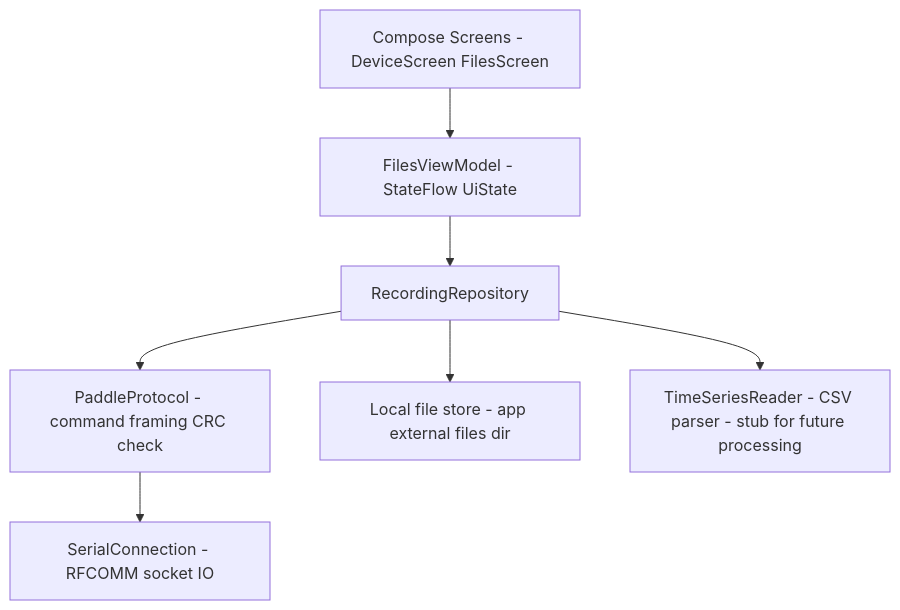
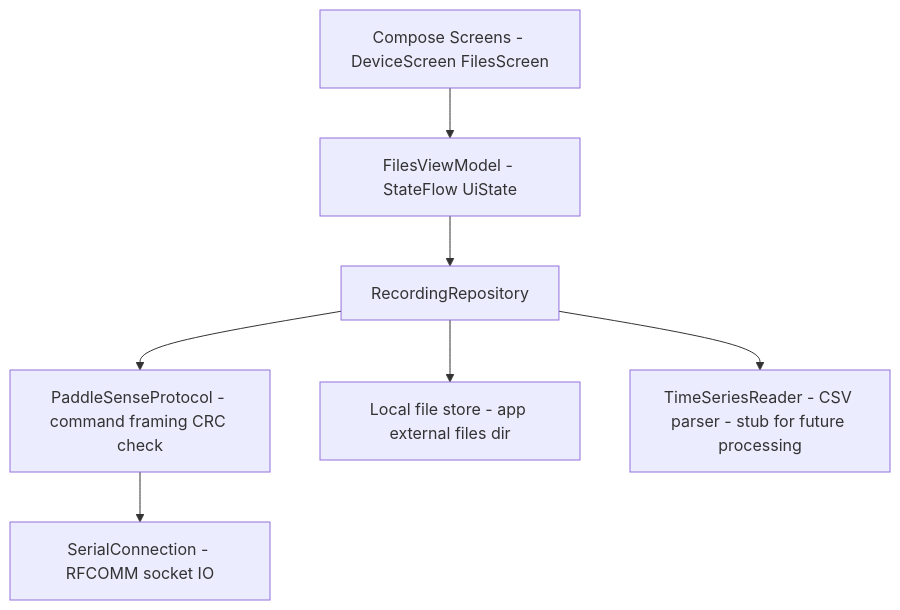
The third of 3 diagrams in docs/architecture.md (NanoNabla/PaddleSense), drawn with Mermaid before and after one commit. The commit also changed other lines of this file and 27 other files, not shown here.

Commit message:
Rename project to PaddleSense

````diff
--- a/docs/architecture.md
+++ b/docs/architecture.md
@@ -176,9 +179,9 @@
 ```mermaid
 flowchart TD
     UI[Compose Screens - DeviceScreen FilesScreen] --> VM[FilesViewModel - StateFlow UiState]
     VM --> REPO[RecordingRepository]
-    REPO --> PROTO[PaddleProtocol - command framing CRC check]
+    REPO --> PROTO[PaddleSenseProtocol - command framing CRC check]
     PROTO --> CONN[SerialConnection - RFCOMM socket IO]
     REPO --> STORE[Local file store - app external files dir]
     REPO --> READER[TimeSeriesReader - CSV parser - stub for future processing]
 ```
````
